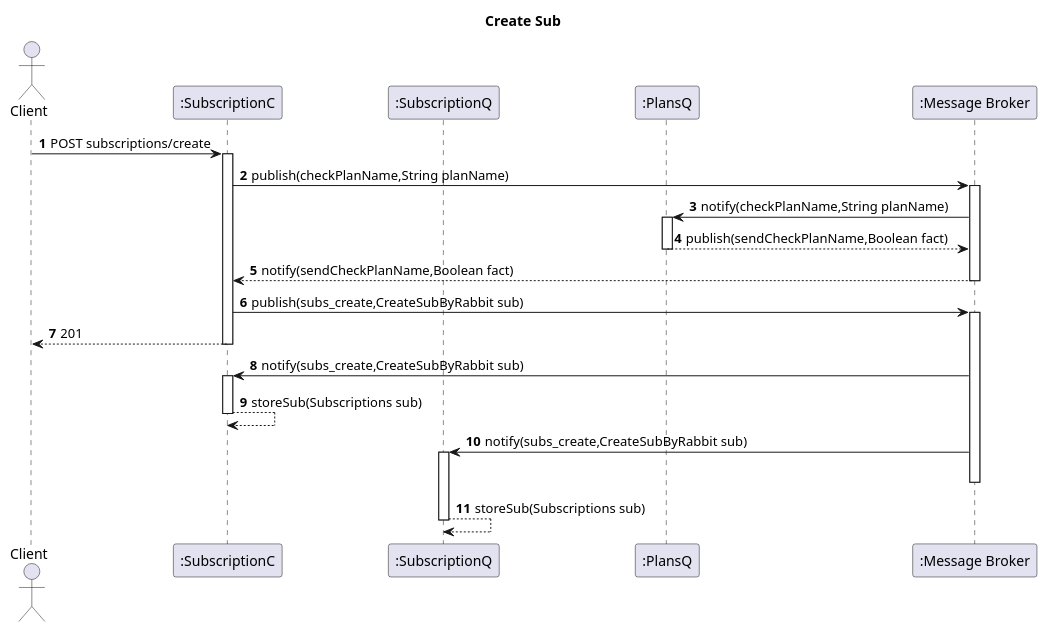
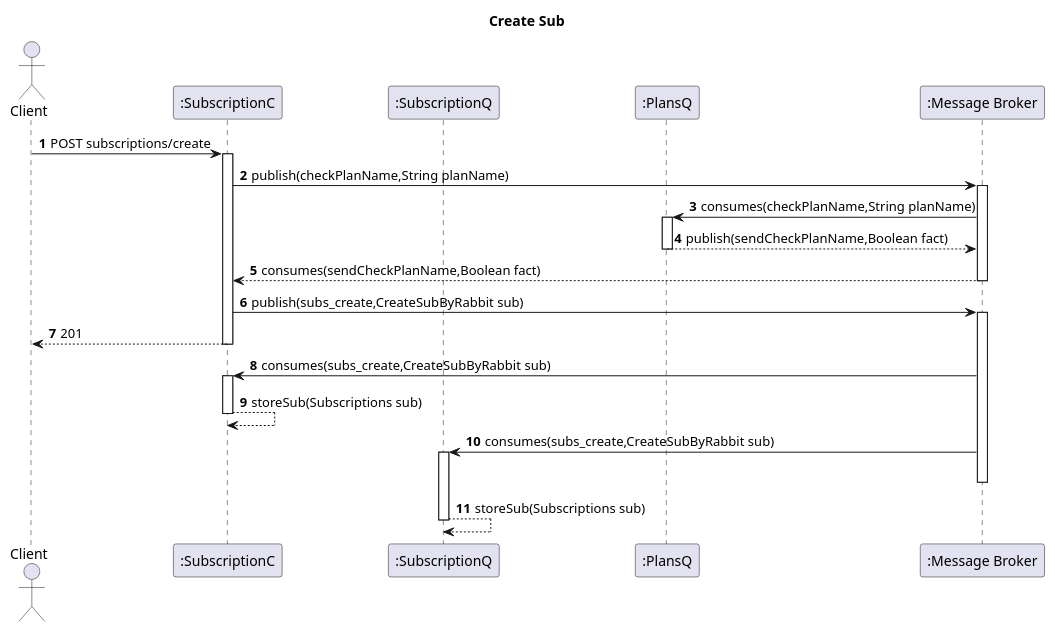
The diagram in docs_sidis/Segunda_Avalição/Subs/Vista Logica/N2/CreateSub.puml (IsepMartimOliveira/SIDIS), drawn with PlantUML before and after one commit. The commit also changed 23 other files, not shown here.

```diff
--- a/docs_sidis/Segunda_Avalição/Subs/Vista Logica/N2/CreateSub.puml
+++ b/docs_sidis/Segunda_Avalição/Subs/Vista Logica/N2/CreateSub.puml
@@ -1,32 +1,32 @@
 @startuml
 'https://plantuml.com/sequence-diagram
 autoactivate on
 autonumber
 title  Create Sub
 
 autonumber
 
 actor "Client" as Ac
 
 participant ":SubscriptionC" as SubC
 participant ":SubscriptionQ" as SubQ
 participant ":PlansQ" as Plans
 participant ":Message Broker" as Broker
 
 Ac->SubC:POST subscriptions/create
 SubC->Broker: publish(checkPlanName,String planName)
-Broker->Plans:notify(checkPlanName,String planName)
+Broker->Plans:consumes(checkPlanName,String planName)
 Plans-->Broker: publish(sendCheckPlanName,Boolean fact)
 
-Broker-->SubC: notify(sendCheckPlanName,Boolean fact)
+Broker-->SubC: consumes(sendCheckPlanName,Boolean fact)
 SubC->Broker:publish(subs_create,CreateSubByRabbit sub)
 SubC-->Ac:201
 
-Broker->SubC:notify(subs_create,CreateSubByRabbit sub)
+Broker->SubC:consumes(subs_create,CreateSubByRabbit sub)
 SubC-->SubC:storeSub(Subscriptions sub)
-Broker->SubQ:notify(subs_create,CreateSubByRabbit sub)
+Broker->SubQ:consumes(subs_create,CreateSubByRabbit sub)
 deactivate Broker
 
 SubQ-->SubQ:storeSub(Subscriptions sub)
 
 @enduml
```
